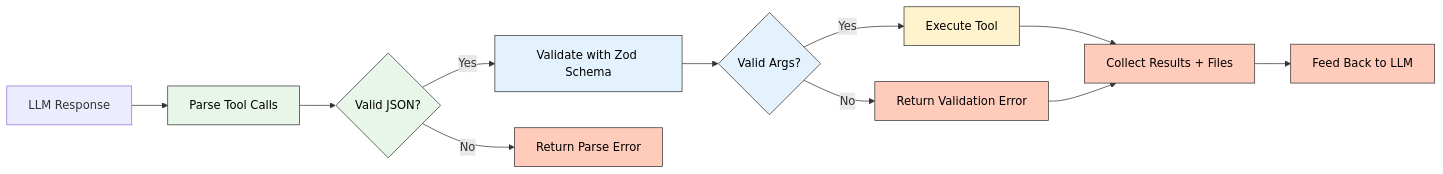
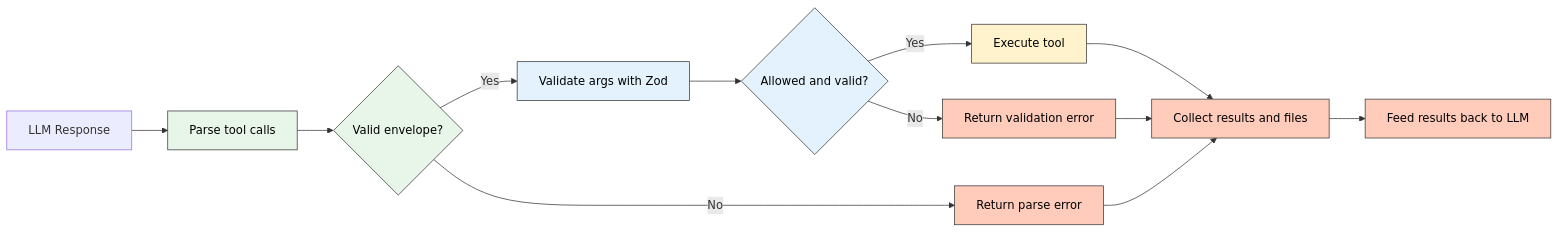
Before and after one commit to BokX1/Sage: the second of 2 diagrams in docs/architecture/PIPELINE.md, drawn with Mermaid. The commit also changed other lines of this file and 22 other files, not shown here.

````diff
--- a/docs/architecture/PIPELINE.md
+++ b/docs/architecture/PIPELINE.md
@@ -95,18 +95,19 @@
 ```mermaid
 flowchart LR
     classDef parse fill:#e8f5e9,stroke:#333,color:black
     classDef validate fill:#e3f2fd,stroke:#333,color:black
     classDef execute fill:#fff3cd,stroke:#333,color:black
     classDef result fill:#ffccbc,stroke:#333,color:black
 
-    A[LLM Response] --> B[Parse Tool Calls]:::parse
-    B --> C{Valid JSON?}:::parse
-    C -->|Yes| D[Validate with Zod Schema]:::validate
-    D --> E{Valid Args?}:::validate
-    E -->|Yes| F[Execute Tool]:::execute
-    E -->|No| G[Return Validation Error]:::result
-    C -->|No| H[Return Parse Error]:::result
-    F --> I[Collect Results + Files]:::result
+    A[LLM Response] --> B[Parse tool calls]:::parse
+    B --> C{Valid envelope?}:::parse
+    C -->|Yes| D[Validate args with Zod]:::validate
+    D --> E{Allowed and valid?}:::validate
+    E -->|Yes| F[Execute tool]:::execute
+    E -->|No| G[Return validation error]:::result
+    C -->|No| H[Return parse error]:::result
+    F --> I[Collect results and files]:::result
     G --> I
-    I --> J[Feed Back to LLM]:::result
+    H --> I
+    I --> J[Feed results back to LLM]:::result
 ```
````
